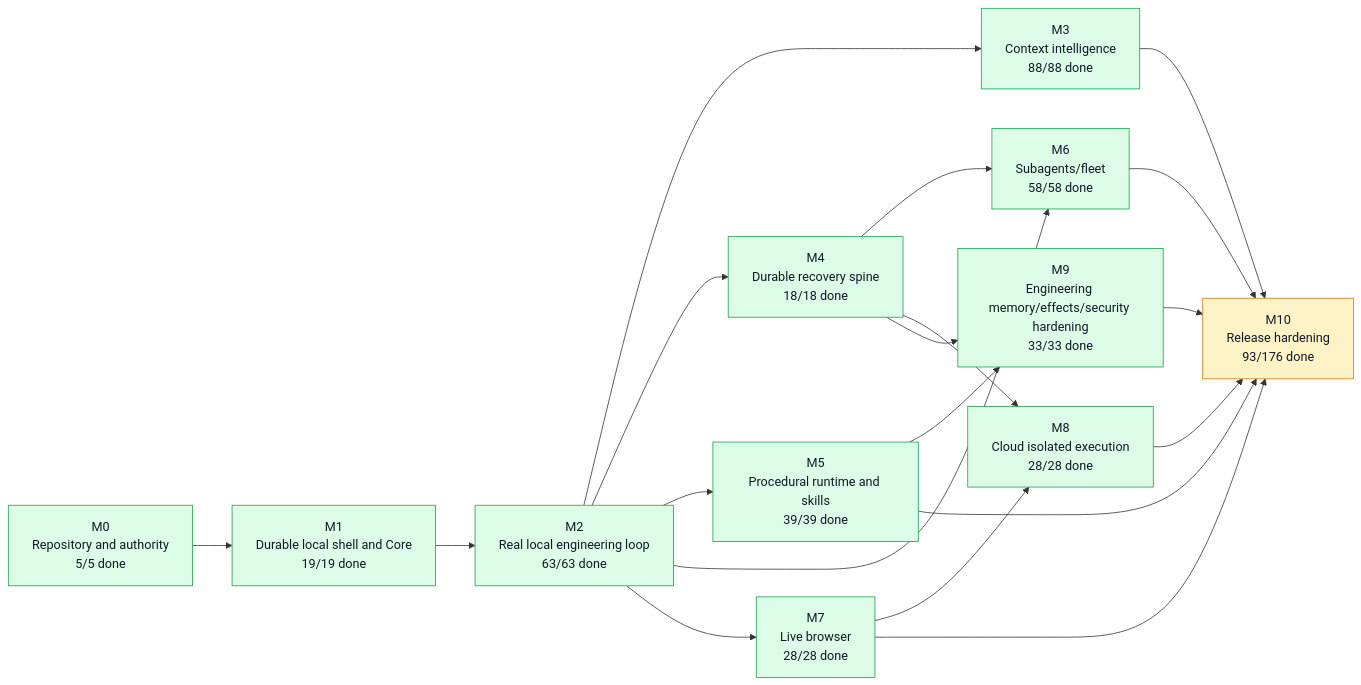
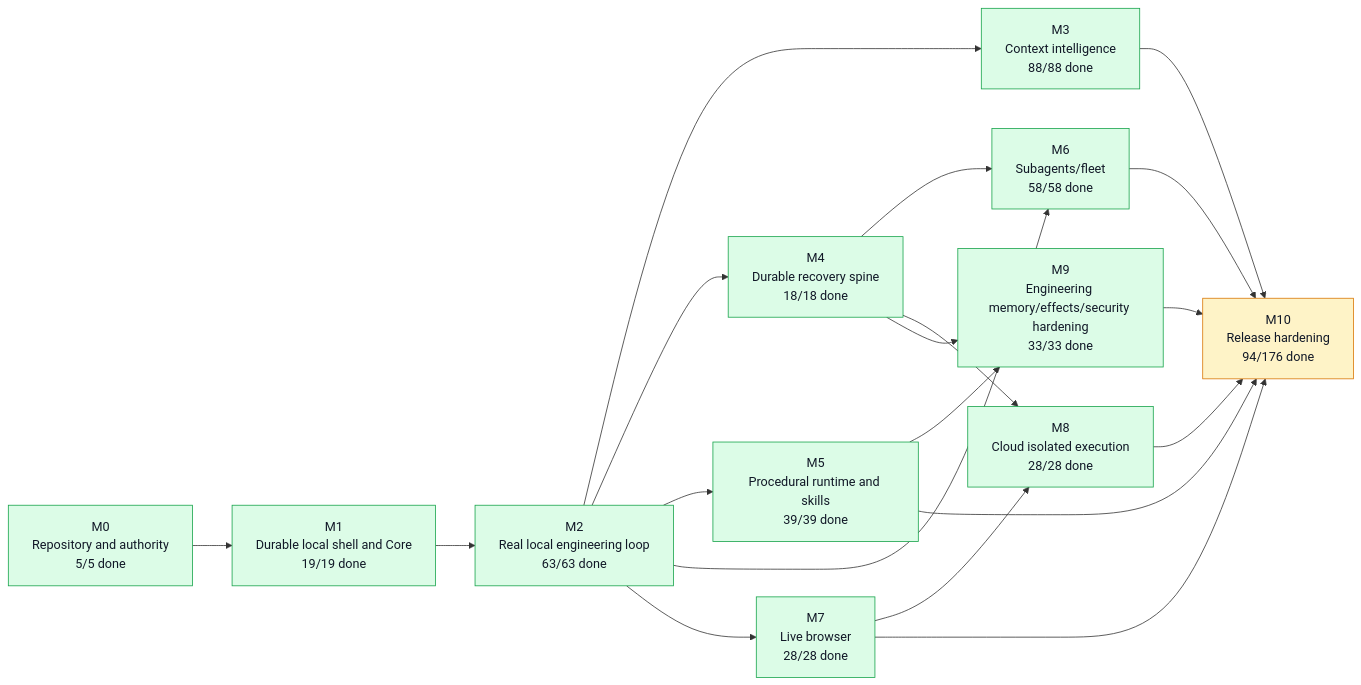
Before and after one commit to moss101/modbit: the first of 5 diagrams in graph/PROJECT_GRAPH.md, drawn with Mermaid. The commit also changed other lines of this file and 5 other files, not shown here.

````diff
--- a/graph/PROJECT_GRAPH.md
+++ b/graph/PROJECT_GRAPH.md
@@ -57,43 +57,43 @@
 ```mermaid
 flowchart LR
   M0["M0<br/>Repository and authority<br/>5/5 done"]
   M1["M1<br/>Durable local shell and Core<br/>19/19 done"]
   M2["M2<br/>Real local engineering loop<br/>63/63 done"]
   M3["M3<br/>Context intelligence<br/>88/88 done"]
   M4["M4<br/>Durable recovery spine<br/>18/18 done"]
   M5["M5<br/>Procedural runtime and skills<br/>39/39 done"]
   M6["M6<br/>Subagents/fleet<br/>58/58 done"]
   M7["M7<br/>Live browser<br/>28/28 done"]
   M8["M8<br/>Cloud isolated execution<br/>28/28 done"]
   M9["M9<br/>Engineering memory/effects/security hardening<br/>33/33 done"]
-  M10["M10<br/>Release hardening<br/>93/176 done"]
+  M10["M10<br/>Release hardening<br/>94/176 done"]
   M0 --> M1
   M1 --> M2
   M2 --> M3
   M2 --> M4
   M2 --> M5
   M2 --> M6
   M4 --> M6
   M2 --> M7
   M4 --> M8
   M7 --> M8
   M4 --> M9
   M5 --> M9
   M3 --> M10
   M5 --> M10
   M6 --> M10
   M7 --> M10
   M8 --> M10
   M9 --> M10
   style M0 fill:#dcfce7,stroke:#16a34a,color:#111827
   style M1 fill:#dcfce7,stroke:#16a34a,color:#111827
   style M2 fill:#dcfce7,stroke:#16a34a,color:#111827
   style M3 fill:#dcfce7,stroke:#16a34a,color:#111827
   style M4 fill:#dcfce7,stroke:#16a34a,color:#111827
   style M5 fill:#dcfce7,stroke:#16a34a,color:#111827
   style M6 fill:#dcfce7,stroke:#16a34a,color:#111827
   style M7 fill:#dcfce7,stroke:#16a34a,color:#111827
   style M8 fill:#dcfce7,stroke:#16a34a,color:#111827
   style M9 fill:#dcfce7,stroke:#16a34a,color:#111827
   style M10 fill:#fef3c7,stroke:#d97706,color:#111827
 ```
````
